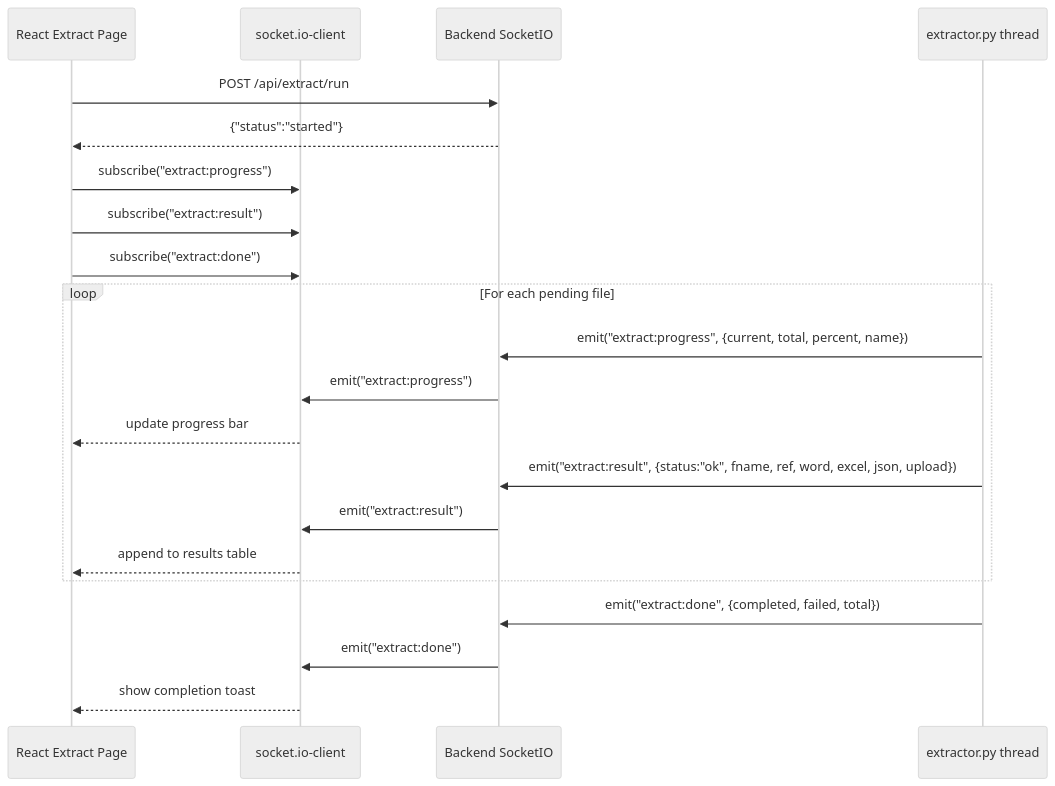
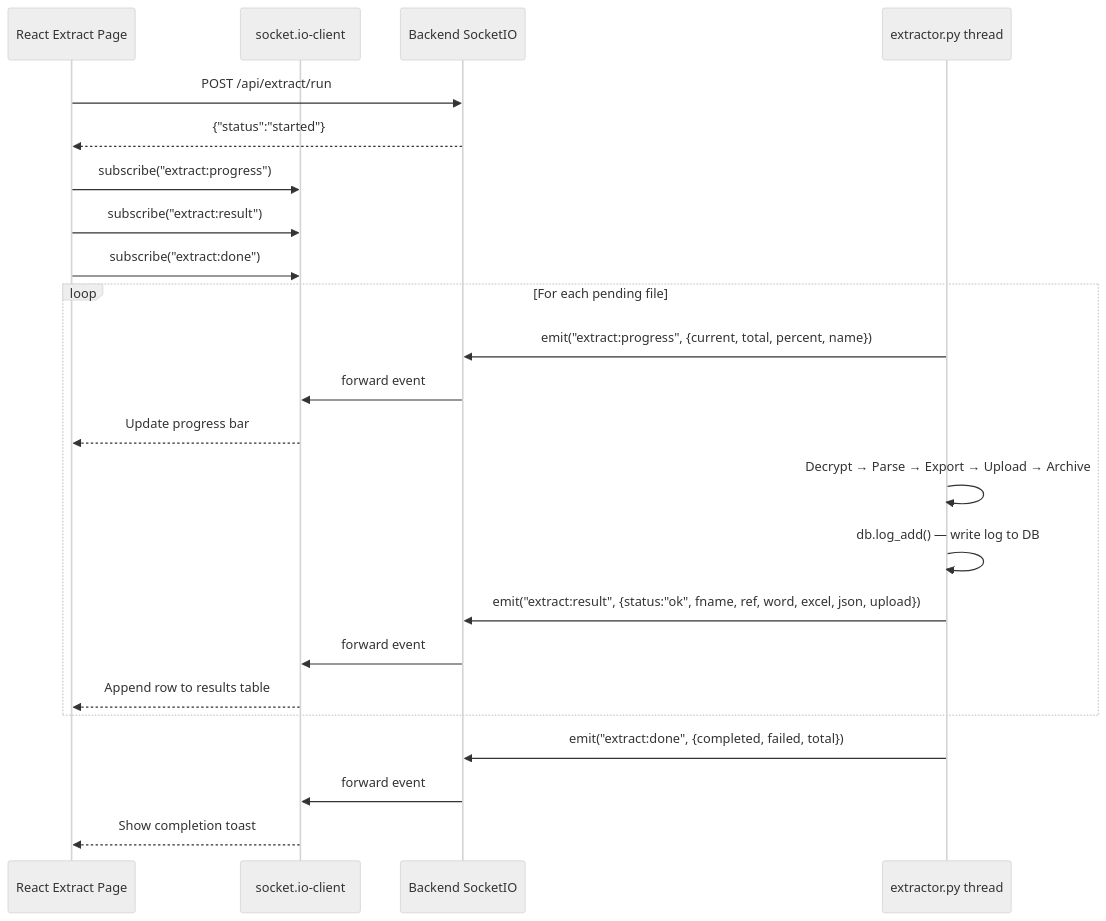
The fifth of 9 diagrams in docs/pdf-extractor-v3/process-flows.md (HackToTheFuture-WatsonX/WatsonX), drawn with Mermaid (neutral theme) before and after one commit. The commit also changed other lines of this file and 9 other files, not shown here.

````diff
--- a/docs/pdf-extractor-v3/process-flows.md
+++ b/docs/pdf-extractor-v3/process-flows.md
@@ -145,27 +146,30 @@
 ```mermaid
 sequenceDiagram
     participant UI as React Extract Page
     participant SIO as socket.io-client
     participant Server as Backend SocketIO
-    participant Ext as extractor.py thread
+    participant Worker as extractor.py thread
 
     UI->>Server: POST /api/extract/run
     Server-->>UI: {"status":"started"}
     UI->>SIO: subscribe("extract:progress")
     UI->>SIO: subscribe("extract:result")
     UI->>SIO: subscribe("extract:done")
 
     loop For each pending file
-        Ext->>Server: emit("extract:progress", {current, total, percent, name})
-        Server->>SIO: emit("extract:progress")
-        SIO-->>UI: update progress bar
+        Worker->>Server: emit("extract:progress", {current, total, percent, name})
+        Server->>SIO: forward event
+        SIO-->>UI: Update progress bar
 
-        Ext->>Server: emit("extract:result", {status:"ok", fname, ref, word, excel, json, upload})
-        Server->>SIO: emit("extract:result")
-        SIO-->>UI: append to results table
+        Worker->>Worker: Decrypt → Parse → Export → Upload → Archive
+        Worker->>Worker: db.log_add() — write log to DB
+
+        Worker->>Server: emit("extract:result", {status:"ok", fname, ref, word, excel, json, upload})
+        Server->>SIO: forward event
+        SIO-->>UI: Append row to results table
     end
 
-    Ext->>Server: emit("extract:done", {completed, failed, total})
-    Server->>SIO: emit("extract:done")
-    SIO-->>UI: show completion toast
+    Worker->>Server: emit("extract:done", {completed, failed, total})
+    Server->>SIO: forward event
+    SIO-->>UI: Show completion toast
 ```
````
